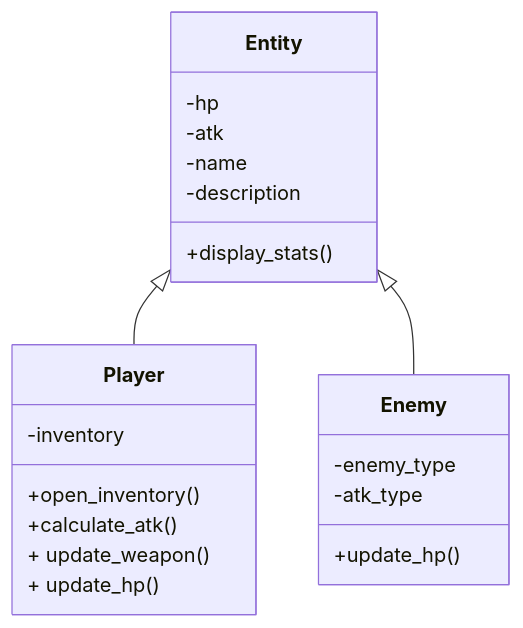
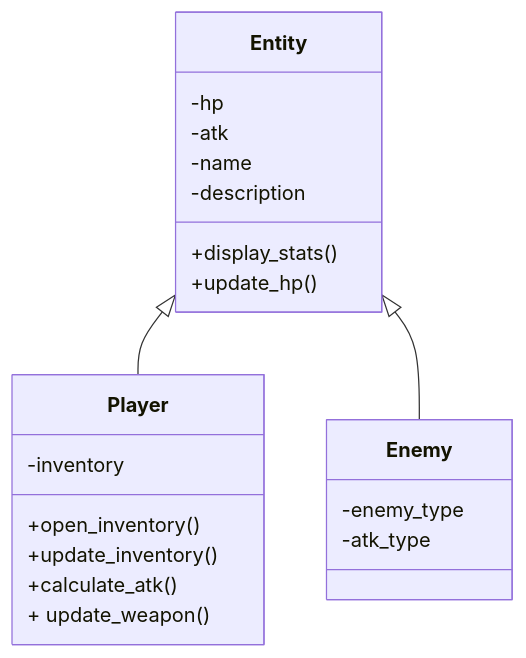
One commit to edward-yee-ny/j1-summary-project-private- changed the third of 3 diagrams in README.md. Above: the diagram before and after it, drawn with Mermaid.

Commit message:
Updated Entity Class Diagram

````diff
--- a/README.md
+++ b/README.md
@@ -92,18 +92,18 @@
 ```mermaid
 classDiagram
     Entity <|-- Player
     Entity <|-- Enemy
     Entity : -hp
     Entity : -atk
     Entity : -name
     Entity : -description
     Entity : +display_stats()
+    Entity : +update_hp()
     Player : -inventory
     Player : +open_inventory()
+    Player : +update_inventory()
     Player : +calculate_atk()
     Player : + update_weapon()
-    Player : + update_hp()
     Enemy : -enemy_type
     Enemy : -atk_type
-    Enemy : +update_hp()
 ```
````
